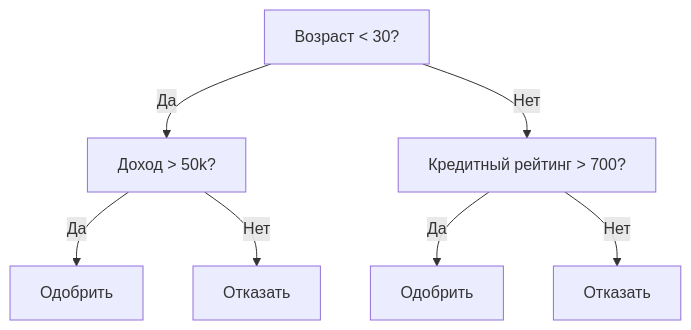
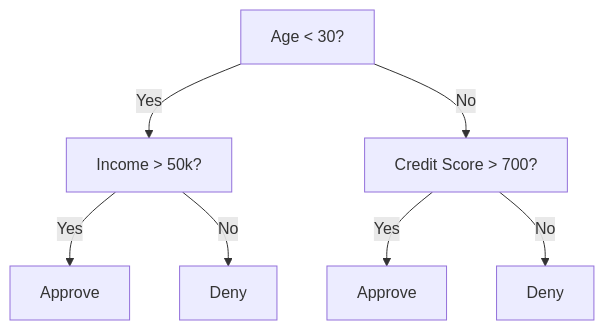
One commit to stabuev/ai-engineering-from-scratch changed the first of 2 diagrams in phases/02-ml-fundamentals/04-decision-trees/docs/ru.md. Above: the diagram before and after it, drawn with Mermaid. The commit also changed other lines of this file and 182 other files, not shown here.

````diff
--- a/phases/02-ml-fundamentals/04-decision-trees/docs/ru.md
+++ b/phases/02-ml-fundamentals/04-decision-trees/docs/ru.md
@@ -31,9 +31,9 @@
 ```mermaid
 graph TD
-    A["Возраст < 30?"] -->|Да| B["Доход > 50k?"]
-    A -->|Нет| C["Кредитный рейтинг > 700?"]
-    B -->|Да| D["Одобрить"]
-    B -->|Нет| E["Отказать"]
-    C -->|Да| F["Одобрить"]
-    C -->|Нет| G["Отказать"]
+    A["Age < 30?"] -->|Yes| B["Income > 50k?"]
+    A -->|No| C["Credit Score > 700?"]
+    B -->|Yes| D["Approve"]
+    B -->|No| E["Deny"]
+    C -->|Yes| F["Approve"]
+    C -->|No| G["Deny"]
 ```
````
